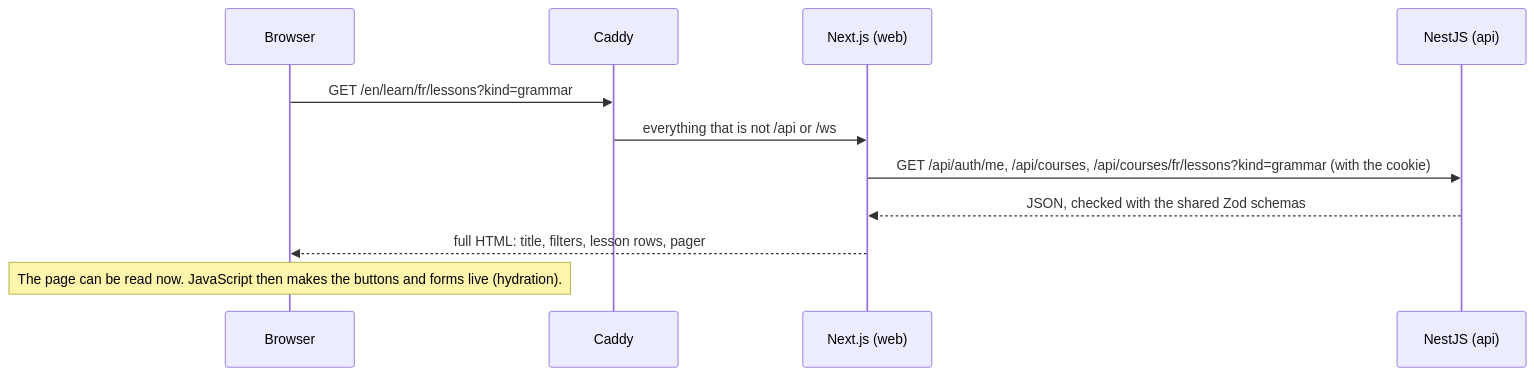
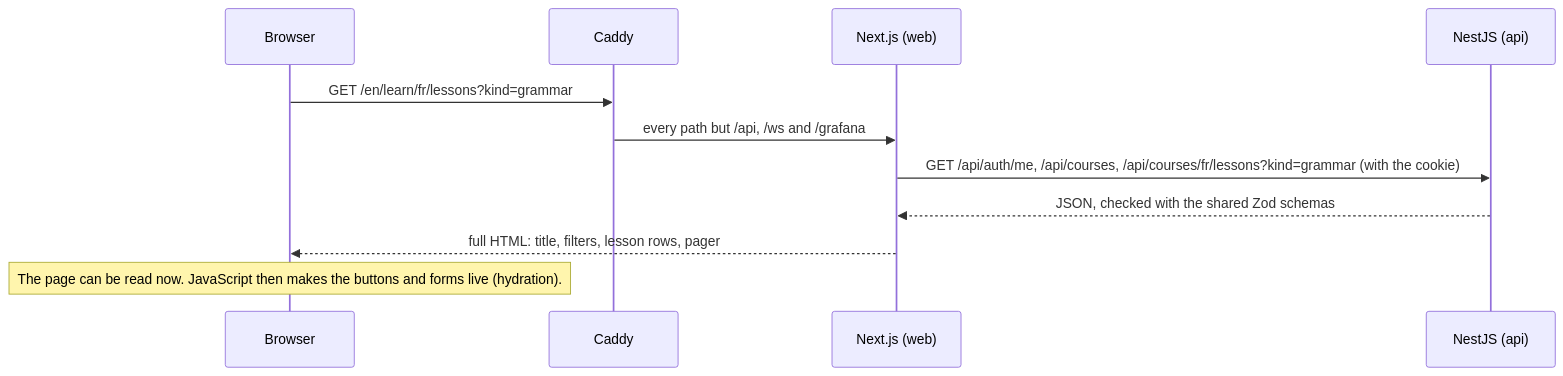
The diagram in docs/modules/ssr.md (VictorBro/ft_transcendence), drawn with Mermaid before and after one commit. The commit also changed other lines of this file and 20 other files, not shown here.

First line of the commit message:
docs: #152 one file per module, indexes, architecture split

````diff
--- a/docs/modules/ssr.md
+++ b/docs/modules/ssr.md
@@ -33,13 +33,13 @@
 ```mermaid
 sequenceDiagram
     participant B as Browser
     participant C as Caddy
     participant W as Next.js (web)
     participant A as NestJS (api)
     B->>C: GET /en/learn/fr/lessons?kind=grammar
-    C->>W: everything that is not /api or /ws
+    C->>W: every path but /api, /ws and /grafana
     W->>A: GET /api/auth/me, /api/courses, /api/courses/fr/lessons?kind=grammar (with the cookie)
     A-->>W: JSON, checked with the shared Zod schemas
     W-->>B: full HTML: title, filters, lesson rows, pager
     Note over B: The page can be read now. JavaScript then makes the buttons and forms live (hydration).
 ```
````
